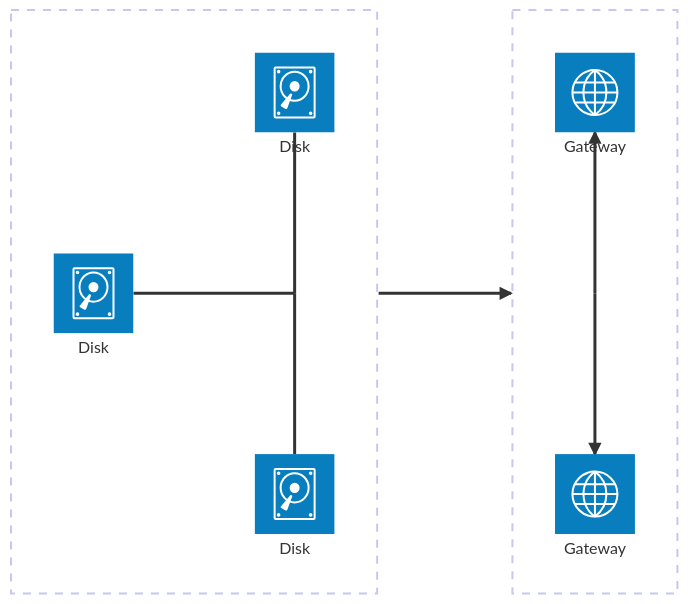
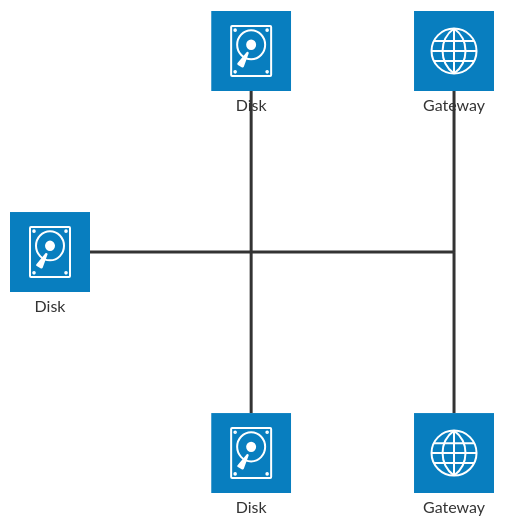
One commit to kinyoklion/carcimaid changed the diagram in corpus/architecture/mermaid/demo-architecture_009.mmd. Above: the diagram before and after it, drawn with Mermaid. The commit also changed 70 other files, not shown here.

```diff
--- a/corpus/architecture/mermaid/demo-architecture_009.mmd
+++ b/corpus/architecture/mermaid/demo-architecture_009.mmd
@@ -1,20 +1,15 @@
 architecture-beta
-  group left
-  group right
-  service left_disk(disk)[Disk] in left
-  service top_disk(disk)[Disk] in left
-  service bottom_disk(disk)[Disk] in left
-  service top_gateway(internet)[Gateway] in right
-  service bottom_gateway(internet)[Gateway] in right
-  junction juncC in left
-  junction juncR in right
+  service left_disk(disk)[Disk]
+  service top_disk(disk)[Disk]
+  service bottom_disk(disk)[Disk]
+  service top_gateway(internet)[Gateway]
+  service bottom_gateway(internet)[Gateway]
+  junction juncC
+  junction juncR
 
   left_disk:R -- L:juncC
   top_disk:B -- T:juncC
   bottom_disk:T -- B:juncC
-
-
-  top_gateway:B <-- T:juncR
-  bottom_gateway:T <-- B:juncR
-
-  juncC{group}:R --> L:juncR{group}
+  juncC:R -- L:juncR
+  top_gateway:B -- T:juncR
+  bottom_gateway:T -- B:juncR
```
